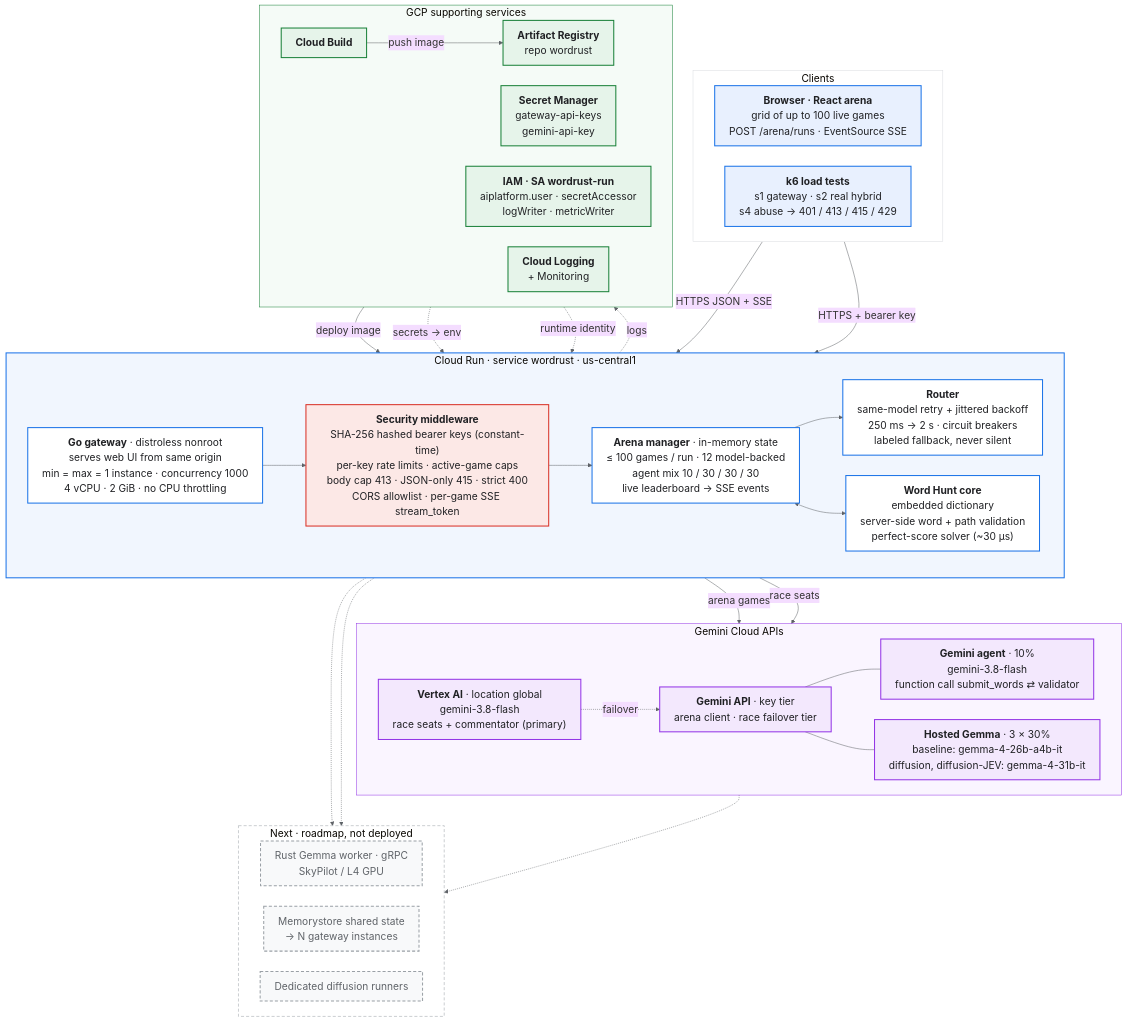
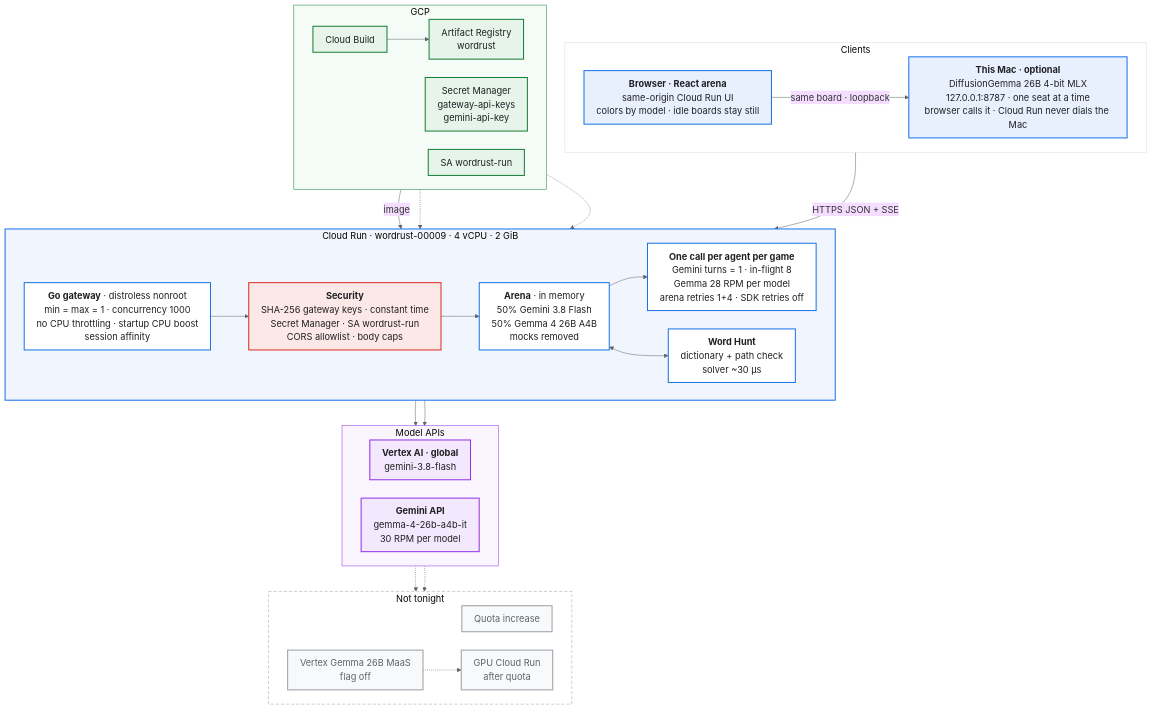
Before and after one commit to bourkefloyd/gdg-devfest-mv-oct-2026: the diagram in hack/architecture.md, drawn with Mermaid. The commit also changed other lines of this file and 11 other files, not shown here.

````diff
--- a/hack/architecture.md
+++ b/hack/architecture.md
@@ -5,78 +9,70 @@
 ```mermaid
-%%{init: {"theme":"base","flowchart":{"curve":"basis","nodeSpacing":40,"rankSpacing":60,"wrappingWidth":420,"padding":14},"themeVariables":{"fontSize":"20px","fontFamily":"DejaVu Sans, Arial, sans-serif","lineColor":"#5f6368"}}}%%
+%%{init: {"theme":"base","flowchart":{"curve":"basis","nodeSpacing":36,"rankSpacing":50,"wrappingWidth":380,"padding":12},"themeVariables":{"fontSize":"18px","fontFamily":"DejaVu Sans, Arial, sans-serif","lineColor":"#5f6368"}}}%%
 flowchart TB
   subgraph CLIENTS["Clients"]
     direction LR
-    UI["<b>Browser · React arena</b><br/>grid of up to 100 live games<br/>POST /arena/runs · EventSource SSE"]
-    K6["<b>k6 load tests</b><br/>s1 gateway · s2 real hybrid<br/>s4 abuse → 401 / 413 / 415 / 429"]
+    UI["<b>Browser · React arena</b><br/>same-origin Cloud Run UI<br/>colors by model · idle boards stay still"]
+    MAC["<b>This Mac · optional</b><br/>DiffusionGemma 26B 4-bit MLX<br/>127.0.0.1:8787 · one seat at a time<br/>browser calls it · Cloud Run never dials the Mac"]
   end
 
-  subgraph RUN["Cloud Run · service wordrust · us-central1"]
+  subgraph RUN["Cloud Run · wordrust-00009 · 4 vCPU · 2 GiB"]
     direction LR
-    GW["<b>Go gateway</b> · distroless nonroot<br/>serves web UI from same origin<br/>min = max = 1 instance · concurrency 1000<br/>4 vCPU · 2 GiB · no CPU throttling"]
-    SEC["<b>Security middleware</b><br/>SHA-256 hashed bearer keys (constant-time)<br/>per-key rate limits · active-game caps<br/>body cap 413 · JSON-only 415 · strict 400<br/>CORS allowlist · per-game SSE stream_token"]
-    ARENA["<b>Arena manager</b> · in-memory state<br/>≤ 100 games / run · 12 model-backed<br/>agent mix 10 / 30 / 30 / 30<br/>live leaderboard → SSE events"]
-    RTR["<b>Router</b><br/>same-model retry + jittered backoff<br/>250 ms → 2 s · circuit breakers<br/>labeled fallback, never silent"]
-    WH["<b>Word Hunt core</b><br/>embedded dictionary<br/>server-side word + path validation<br/>perfect-score solver (~30 µs)"]
-    GW --> SEC --> ARENA --> RTR
+    GW["<b>Go gateway</b> · distroless nonroot<br/>min = max = 1 · concurrency 1000<br/>no CPU throttling · startup CPU boost<br/>session affinity"]
+    SEC["<b>Security</b><br/>SHA-256 gateway keys · constant time<br/>Secret Manager · SA wordrust-run<br/>CORS allowlist · body caps"]
+    ARENA["<b>Arena</b> · in memory<br/>50% Gemini 3.8 Flash<br/>50% Gemma 4 26B A4B<br/>mocks removed"]
+    LIM["<b>One call per agent per game</b><br/>Gemini turns = 1 · in-flight 8<br/>Gemma 28 RPM per model<br/>arena retries 1+4 · SDK retries off"]
+    WH["<b>Word Hunt</b><br/>dictionary + path check<br/>solver ~30 µs"]
+    GW --> SEC --> ARENA --> LIM
     ARENA <--> WH
   end
 
-  subgraph AI["Gemini Cloud APIs"]
+  subgraph AI["Model APIs"]
     direction LR
-    VTX["<b>Vertex AI</b> · location global<br/>gemini-3.8-flash<br/>race seats + commentator (primary)"]
-    GAPI["<b>Gemini API</b> · key tier<br/>arena client · race failover tier"]
-    AGENT["<b>Gemini agent</b> · 10%<br/>gemini-3.8-flash<br/>function call submit_words ⇄ validator"]
-    GEMMA["<b>Hosted Gemma</b> · 3 × 30%<br/>baseline: gemma-4-26b-a4b-it<br/>diffusion, diffusion-JEV: gemma-4-31b-it"]
-    GAPI --- AGENT
-    GAPI --- GEMMA
+    VTX["<b>Vertex AI · global</b><br/>gemini-3.8-flash"]
+    GAPI["<b>Gemini API</b><br/>gemma-4-26b-a4b-it<br/>30 RPM per model"]
   end
 
-  subgraph OPS["GCP supporting services"]
+  subgraph OPS["GCP"]
     direction LR
-    CB["<b>Cloud Build</b>"]
-    AR["<b>Artifact Registry</b><br/>repo wordrust"]
-    SM["<b>Secret Manager</b><br/>gateway-api-keys<br/>gemini-api-key"]
-    IAM["<b>IAM · SA wordrust-run</b><br/>aiplatform.user · secretAccessor<br/>logWriter · metricWriter"]
-    LOG["<b>Cloud Logging</b><br/>+ Monitoring"]
-    CB -->|push image| AR
+    CB["Cloud Build"]
+    AR["Artifact Registry<br/>wordrust"]
+    SM["Secret Manager<br/>gateway-api-keys<br/>gemini-api-key"]
+    IAM["SA wordrust-run"]
   end
 
-  subgraph NEXT["Next · roadmap, not deployed"]
+  subgraph NEXT["Not tonight"]
     direction LR
-    RUST["Rust Gemma worker · gRPC<br/>SkyPilot / L4 GPU"]
-    MEM["Memorystore shared state<br/>→ N gateway instances"]
-    DIFF["Dedicated diffusion runners"]
+    QUOTA["Quota increase"]
+    MAAS["Vertex Gemma 26B MaaS<br/>flag off"]
+    GPU["GPU Cloud Run<br/>after quota"]
   end
 
   UI -->|"HTTPS JSON + SSE"| GW
-  K6 -->|"HTTPS + bearer key"| GW
-  RTR -->|"arena games"| GAPI
-  RTR -->|"race seats"| VTX
-  VTX -.->|"failover"| GAPI
-  AR -->|"deploy image"| GW
-  SM -.->|"secrets → env"| GW
-  IAM -.->|"runtime identity"| GW
-  GW -.->|"logs"| LOG
-  RTR -.-> RUST
-  ARENA -.-> MEM
-  GEMMA -.-> DIFF
+  UI -->|"same board · loopback"| MAC
+  LIM --> VTX
+  LIM --> GAPI
+  CB --> AR -->|"image"| GW
+  SM -.-> GW
+  IAM -.-> GW
+  GAPI -.-> MAAS
+  MAAS -.-> GPU
+  GAPI -.-> QUOTA
 
   classDef client fill:#e8f0fe,stroke:#1a73e8,stroke-width:2px,color:#202124
   classDef run fill:#ffffff,stroke:#1a73e8,stroke-width:2px,color:#202124
   classDef sec fill:#fce8e6,stroke:#d93025,stroke-width:2px,color:#202124
   classDef ai fill:#f3e8fd,stroke:#9334e6,stroke-width:2px,color:#202124
   classDef ops fill:#e6f4ea,stroke:#188038,stroke-width:2px,color:#202124
-  classDef next fill:#f8f9fa,stroke:#9aa0a6,stroke-width:2px,stroke-dasharray:6 4,color:#5f6368
-  class UI,K6 client
-  class GW,ARENA,WH,RTR run
+  classDef next fill:#f8f9fa,stroke:#9aa0a6,stroke-width:2px,color:#5f6368
+  class UI,MAC client
+  class GW,ARENA,WH,LIM run
   class SEC sec
-  class GAPI,AGENT,GEMMA,VTX ai
-  class CB,AR,SM,IAM,LOG ops
-  class RUST,MEM,DIFF next
+  class VTX,GAPI ai
+  class CB,AR,SM,IAM ops
+  class QUOTA,MAAS,GPU next
   style NEXT fill:#ffffff,stroke:#9aa0a6,stroke-dasharray:6 4
   style RUN fill:#f1f6fe,stroke:#1a73e8,stroke-width:2px
   style AI fill:#faf5ff,stroke:#9334e6
   style OPS fill:#f5fbf7,stroke:#188038
   style CLIENTS fill:#ffffff,stroke:#dadce0
 ```
````
